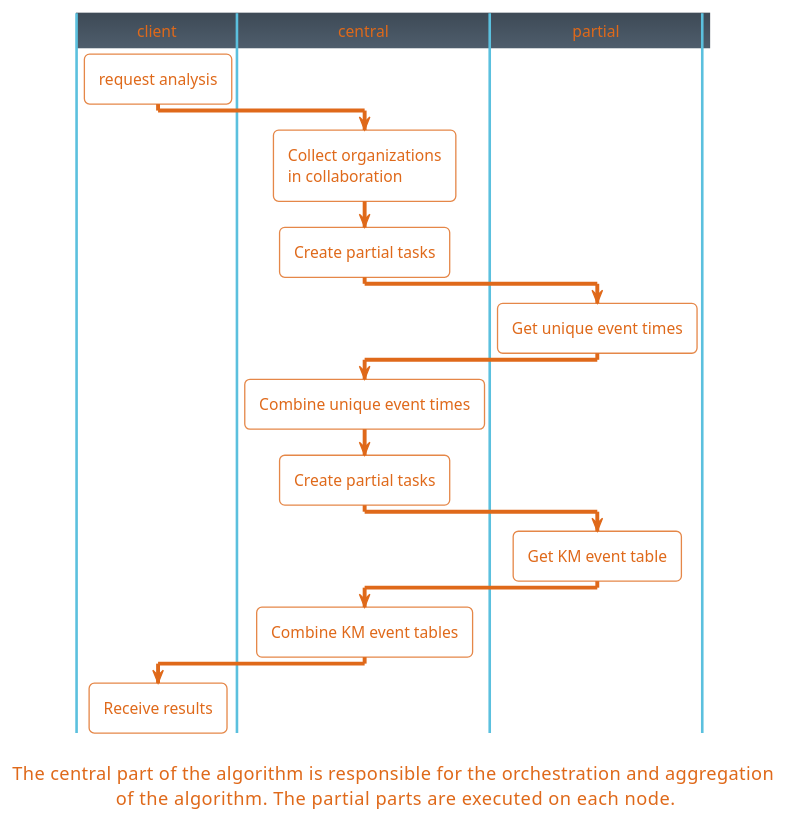
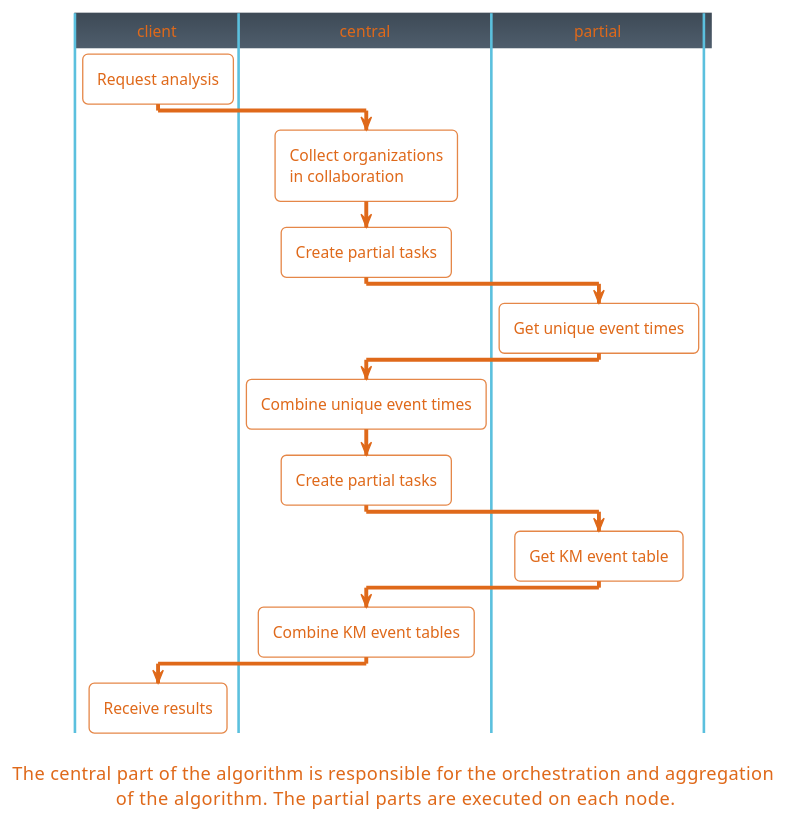
Before and after one commit to vantage6/v6-kaplan-meier-py: the diagram in docs/v6-kaplan-meier-py/implementation.rst, drawn with PlantUML. The commit also changed other lines of this file and 5 other files, not shown here.

```diff
--- a/docs/v6-kaplan-meier-py/implementation.rst
+++ b/docs/v6-kaplan-meier-py/implementation.rst
@@ -16,32 +16,32 @@
 .. uml::
 
     !theme superhero-outline
 
     caption The central part of the algorithm is responsible for the \
           orchestration and aggregation\n of the algorithm. The partial \
           parts are executed on each node.
 
 
     |client|
-    :request analysis;
+    :Request analysis;
 
     |central|
     :Collect organizations
     in collaboration;
     :Create partial tasks;
 
     |partial|
     :Get unique event times;
 
     |central|
     :Combine unique event times;
     :Create partial tasks;
 
     |partial|
     :Get KM event table;
 
     |central|
     :Combine KM event tables;
 
     |client|
     :Receive results;
```
